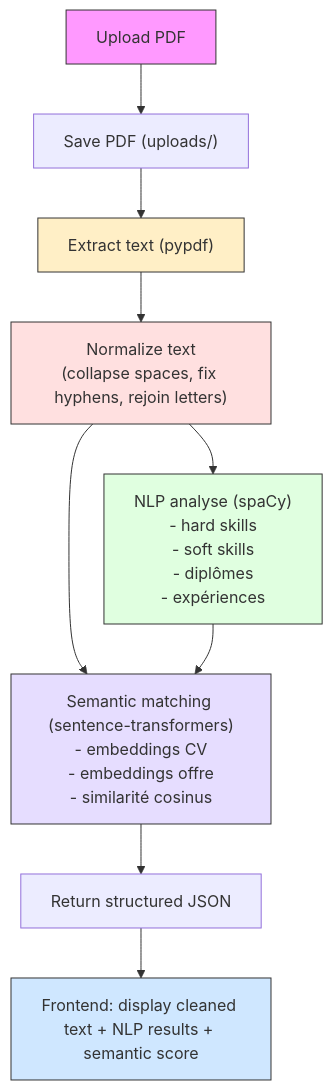
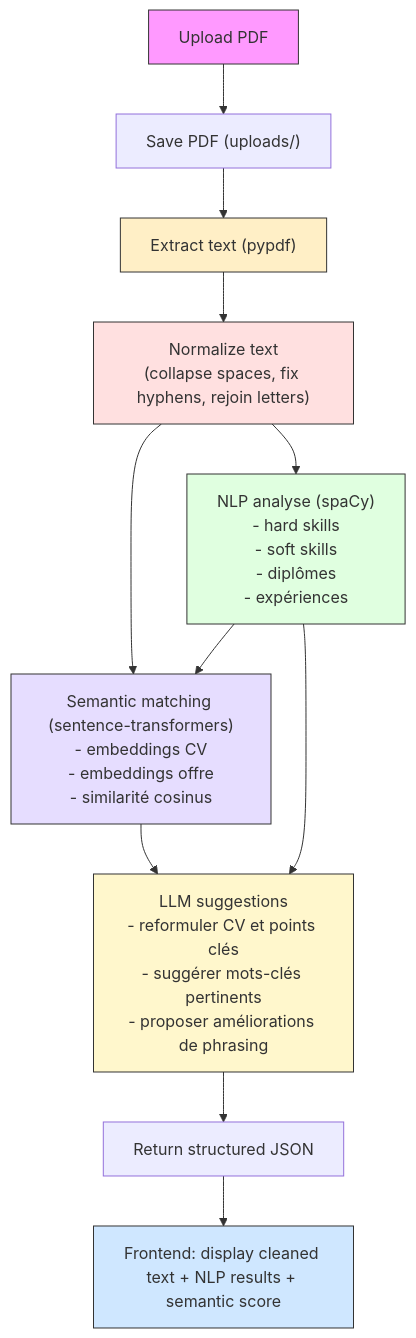
The diagram in README.md (armanceau/JobAlign), drawn with Mermaid before and after one commit.

````diff
--- a/README.md
+++ b/README.md
@@ -56,17 +56,20 @@
 ```mermaid
 flowchart TD
 	A[Upload PDF] --> B["Save PDF (uploads/)"]
 	B --> C["Extract text (pypdf)"]
 	C --> D["Normalize text\n(collapse spaces, fix hyphens, rejoin letters)"]
 	D --> E["NLP analyse (spaCy)\n- hard skills\n- soft skills\n- diplômes\n- expériences"]
 	D --> H["Semantic matching (sentence-transformers)\n- embeddings CV\n- embeddings offre\n- similarité cosinus"]
 	E --> H
-	H --> F[Return structured JSON]
+	H --> L["LLM suggestions\n- reformuler CV et points clés\n- suggérer mots-clés pertinents\n- proposer améliorations de phrasing"]
+	E --> L
+	L --> F[Return structured JSON]
 	F --> G[Frontend: display cleaned text + NLP results + semantic score]
 	style A fill:#f9f,stroke:#333,stroke-width:1px
 	style C fill:#ffefc6,stroke:#333
 	style D fill:#ffe0e0,stroke:#333
 	style E fill:#e0ffe0,stroke:#333
 	style H fill:#e6ddff,stroke:#333
+	style L fill:#fff7cc,stroke:#333
 	style G fill:#cfe7ff,stroke:#333
 ```
````
